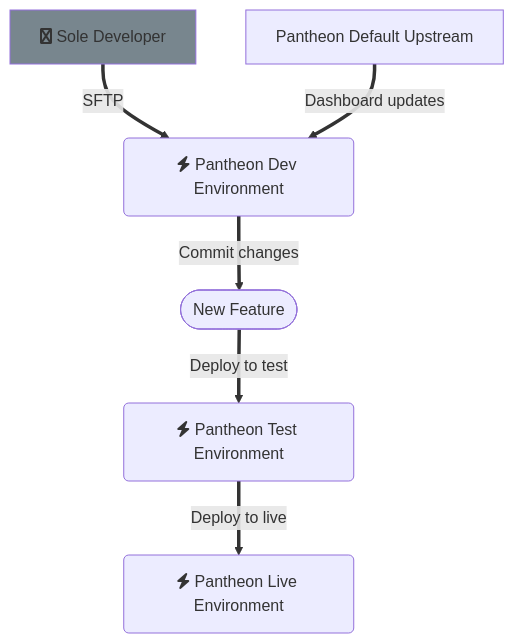
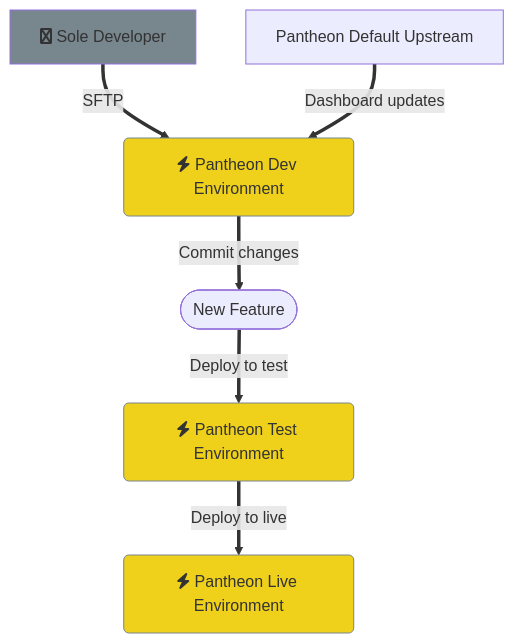
Before and after one commit to pantheon-systems/webops-architecture: the diagram in WordPress/Dev-Test-Live.md, drawn with Mermaid.

````diff
--- a/WordPress/Dev-Test-Live.md
+++ b/WordPress/Dev-Test-Live.md
@@ -3,13 +3,13 @@
 ```mermaid
 graph TD
     User["fab:fa-user Sole Developer"] == SFTP ==> EnvDev("fas:fa-bolt Pantheon Dev Environment")
     Upstream["Pantheon Default Upstream"] == Dashboard updates ==> EnvDev
     EnvDev == Commit changes ==> Feat([New Feature])
     Feat == Deploy to test ==> EnvTest("fas:fa-bolt Pantheon Test Environment")
     EnvTest == Deploy to live ==> EnvLive("fas:fa-bolt Pantheon Live Environment")
-    classDef env fill:#EFD01B stroke:#78868E
+    classDef env fill:#EFD01B,stroke:#78868E
     class EnvDev,EnvTest,EnvLive env
     classDef user fill:#78868E
     class User user
 
 ```
````
